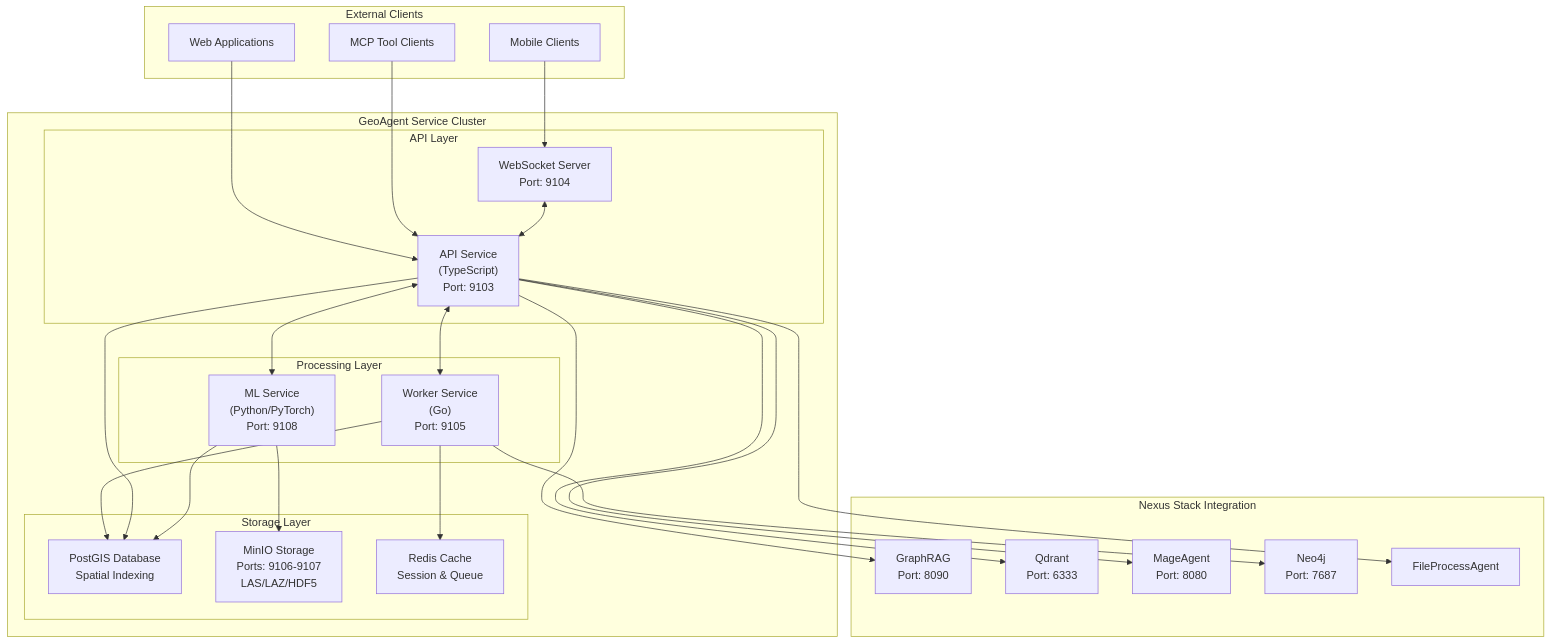
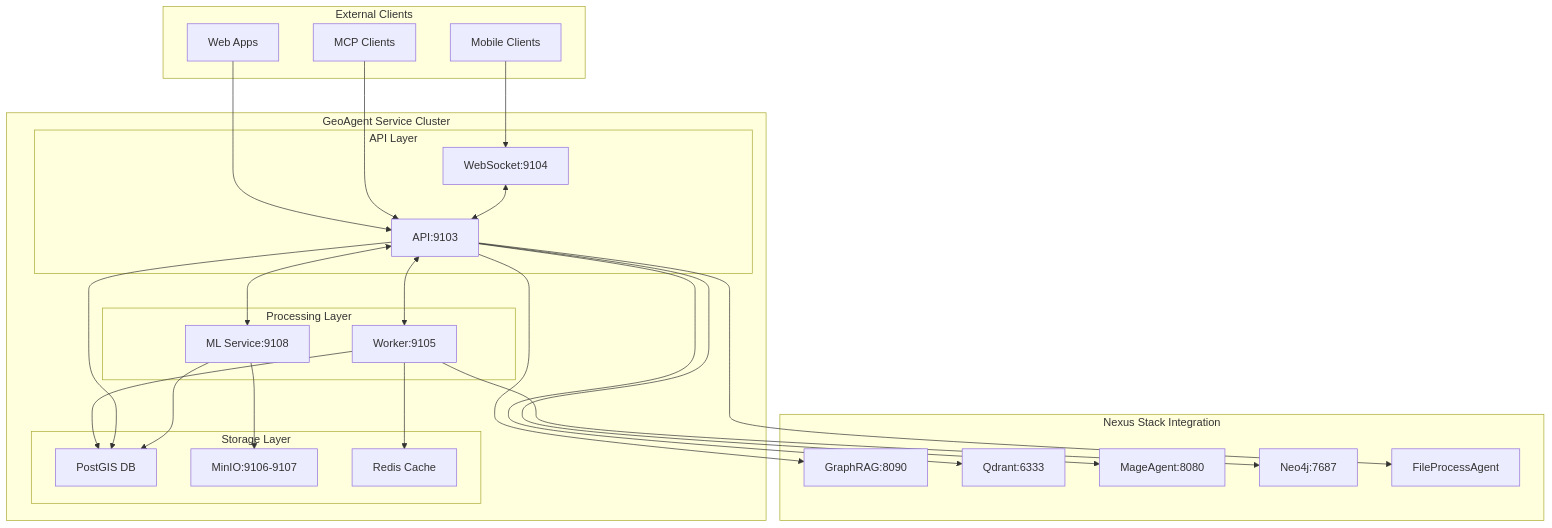
Before and after one commit to adverant/Adverant-Nexus-Plugin-GeoAgent: the first of 9 diagrams in ARCHITECTURE.md, drawn with Mermaid. The commit also changed other lines of this file, not shown here.

First line of the commit message:
docs: fix Mermaid diagram rendering for marketplace

````diff
--- a/ARCHITECTURE.md
+++ b/ARCHITECTURE.md
@@ -7,54 +7,54 @@
 ```mermaid
 flowchart TB
     subgraph External["External Clients"]
-        WebApp["Web Applications"]
+        WebApp["Web Apps"]
         MobileApp["Mobile Clients"]
-        MCPClients["MCP Tool Clients"]
+        MCPClients["MCP Clients"]
     end
 
     subgraph GeoAgent["GeoAgent Service Cluster"]
         subgraph APILayer["API Layer"]
-            API["API Service<br/>(TypeScript)<br/>Port: 9103"]
-            WS["WebSocket Server<br/>Port: 9104"]
+            API["API:9103"]
+            WS["WebSocket:9104"]
         end
 
         subgraph ProcessingLayer["Processing Layer"]
-            Worker["Worker Service<br/>(Go)<br/>Port: 9105"]
-            ML["ML Service<br/>(Python/PyTorch)<br/>Port: 9108"]
+            Worker["Worker:9105"]
+            ML["ML Service:9108"]
         end
 
         subgraph StorageLayer["Storage Layer"]
-            PostGIS["PostGIS Database<br/>Spatial Indexing"]
-            MinIO["MinIO Storage<br/>Ports: 9106-9107<br/>LAS/LAZ/HDF5"]
-            Redis["Redis Cache<br/>Session & Queue"]
+            PostGIS["PostGIS DB"]
+            MinIO["MinIO:9106-9107"]
+            Redis["Redis Cache"]
         end
     end
 
     subgraph NexusIntegration["Nexus Stack Integration"]
-        GraphRAG["GraphRAG<br/>Port: 8090"]
-        Qdrant["Qdrant<br/>Port: 6333"]
-        MageAgent["MageAgent<br/>Port: 8080"]
-        Neo4j["Neo4j<br/>Port: 7687"]
+        GraphRAG["GraphRAG:8090"]
+        Qdrant["Qdrant:6333"]
+        MageAgent["MageAgent:8080"]
+        Neo4j["Neo4j:7687"]
         FileProcess["FileProcessAgent"]
     end
 
     WebApp --> API
     MobileApp --> WS
     MCPClients --> API
 
     API <--> Worker
     API <--> ML
     WS <--> API
 
     Worker --> PostGIS
     Worker --> Redis
     API --> PostGIS
     ML --> MinIO
     ML --> PostGIS
 
     API --> GraphRAG
     API --> Qdrant
     API --> MageAgent
     Worker --> Neo4j
     API --> FileProcess
 ```
````
